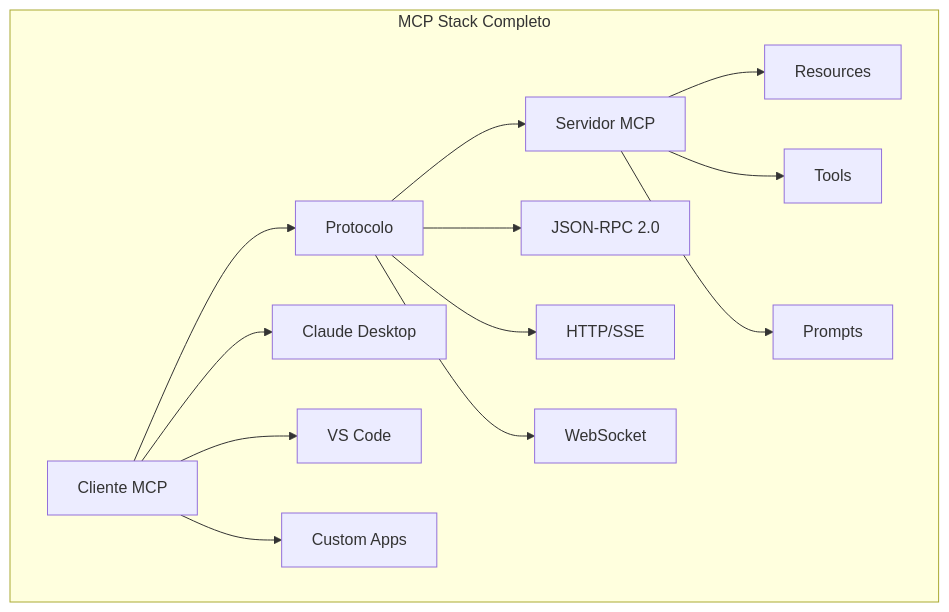
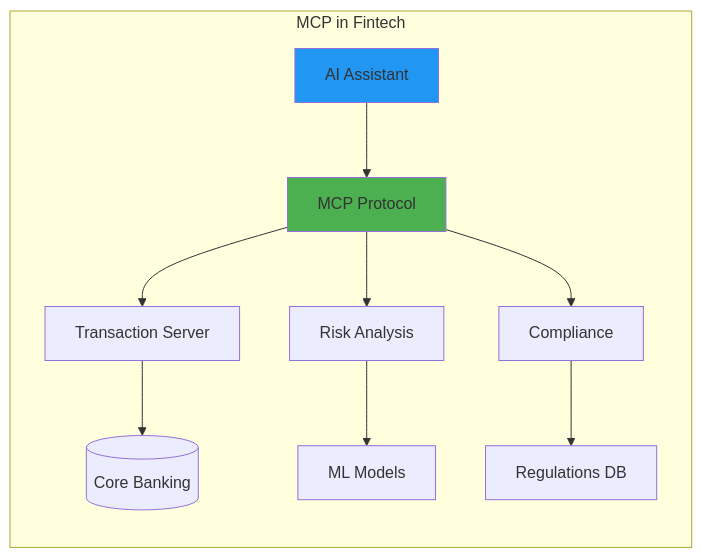
Before and after one commit to felipepimentel/my-public-notes: diagram 20 of 28 in AI/Comunicação/MCP/00-mcp-presentation-zero to hero.md, drawn with Mermaid. The commit also changed other lines of this file, not shown here.

````diff
--- a/AI/Comunicação/MCP/00-mcp-presentation-zero to hero.md
+++ b/AI/Comunicação/MCP/00-mcp-presentation-zero to hero.md
@@ -775,19 +721,16 @@
 ```mermaid
-graph TB
-    subgraph "MCP Stack Completo"
-        CLIENT[Cliente MCP] --> PROTO[Protocolo]
-        PROTO --> SERVER[Servidor MCP]
+graph LR
+    subgraph "MCP in Fintech"
+        AI[AI Assistant] --> MCP[MCP Protocol]
+        MCP --> S1[Transaction Server]
+        MCP --> S2[Risk Analysis]
+        MCP --> S3[Compliance]
         
-        CLIENT --> C1[Claude Desktop]
-        CLIENT --> C2[VS Code]
-        CLIENT --> C3[Custom Apps]
-        
-        SERVER --> S1[Resources]
-        SERVER --> S2[Tools]
-        SERVER --> S3[Prompts]
-        
-        PROTO --> P1[JSON-RPC 2.0]
-        PROTO --> P2[HTTP/SSE]
-        PROTO --> P3[WebSocket]
+        S1 --> DB[(Core Banking)]
+        S2 --> ML[ML Models]
+        S3 --> REG[Regulations DB]
     end
+    
+    style AI fill:#2196F3
+    style MCP fill:#4CAF50
 ```
````
